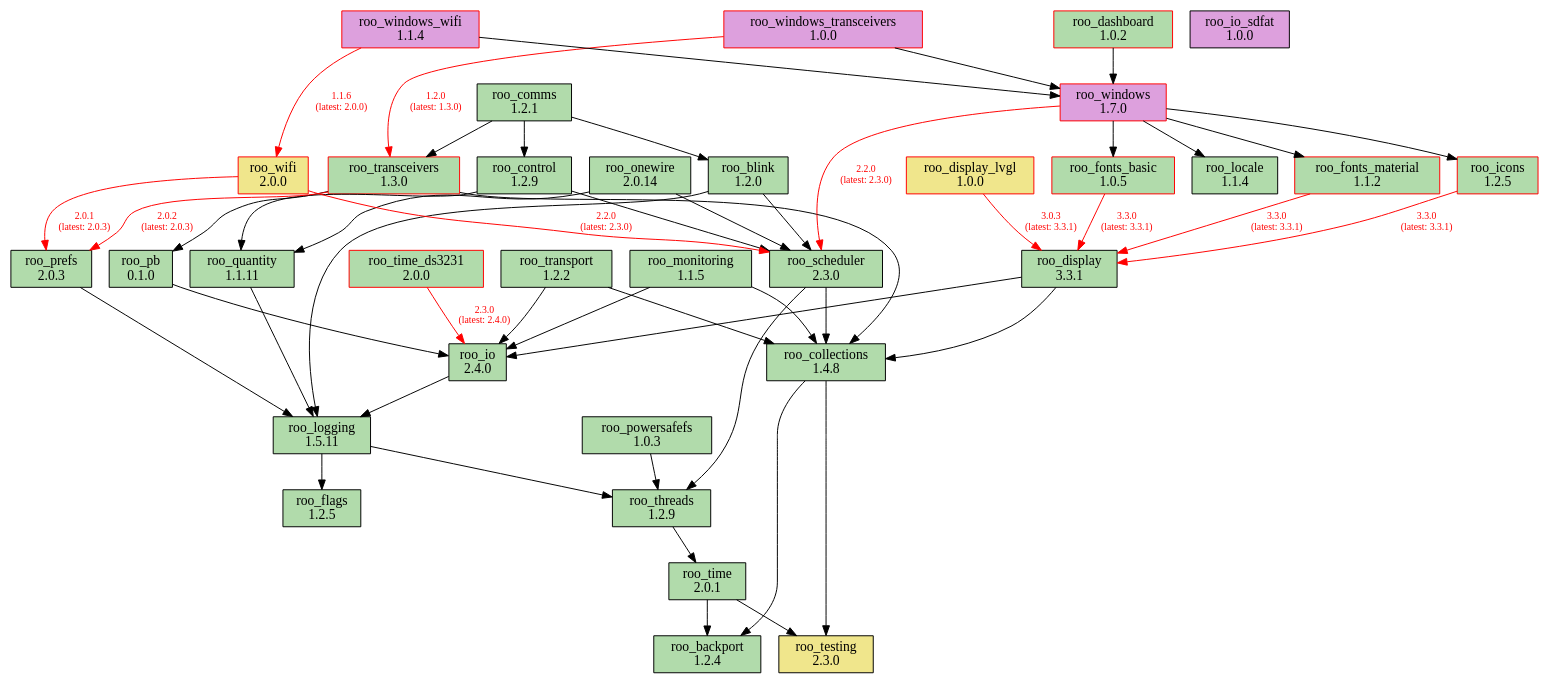
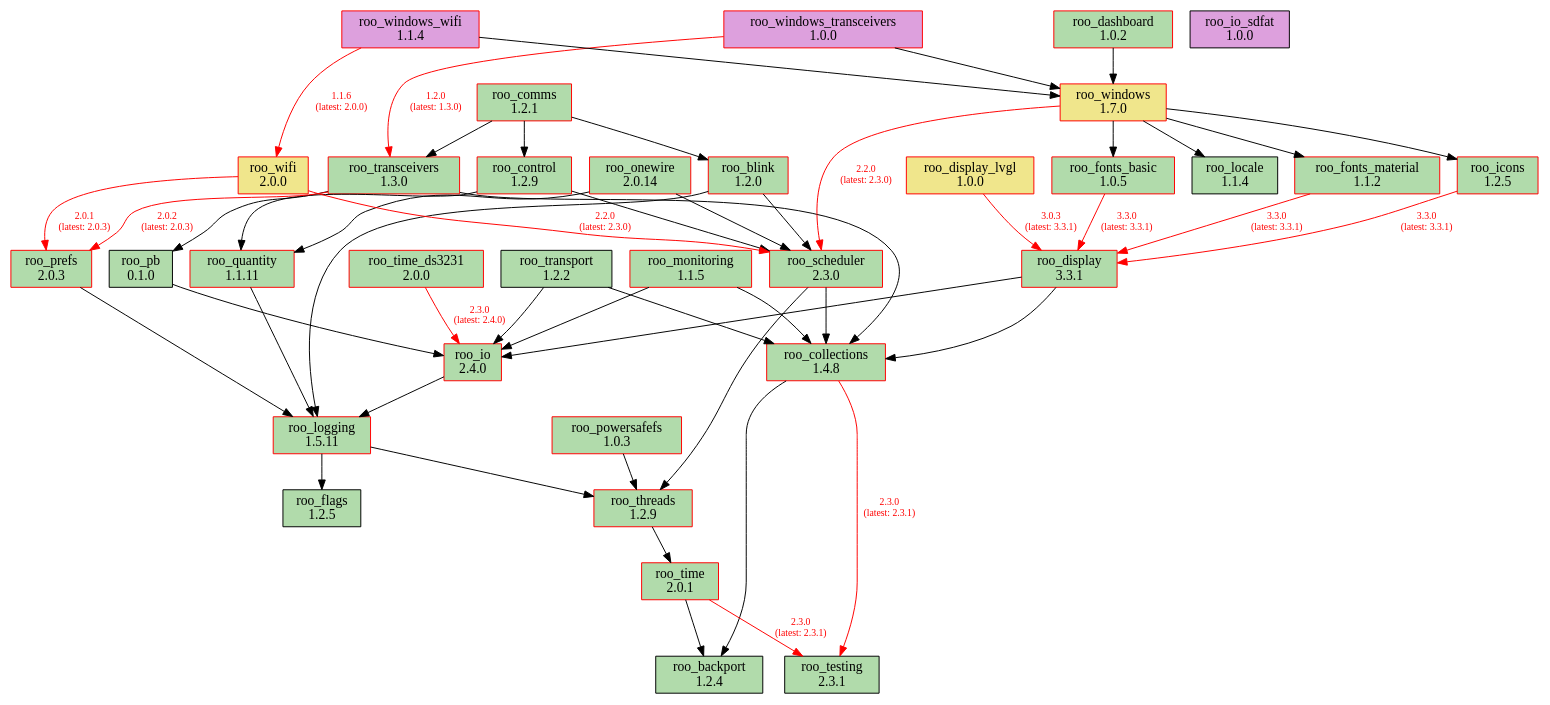
One commit to dejwk/roo-registry changed the diagram in doc/dependencies.dot. Above: the diagram before and after it, drawn with Graphviz. The commit also changed 3 other files, not shown here.

Commit message:
Added roo_testing 2.3.1 to the registry.

```diff
--- a/doc/dependencies.dot
+++ b/doc/dependencies.dot
@@ -1,91 +1,91 @@
 digraph dependencies {
     rankdir=TB;
     node [shape=box, style=filled];
     edge [fontsize=10];
 
     // Modules
     "roo_backport" [label="roo_backport\n1.2.4", fillcolor="#b1dbab", color="black"];
-    "roo_blink" [label="roo_blink\n1.2.0", fillcolor="#b1dbab", color="black"];
-    "roo_collections" [label="roo_collections\n1.4.8", fillcolor="#b1dbab", color="black"];
-    "roo_comms" [label="roo_comms\n1.2.1", fillcolor="#b1dbab", color="black"];
-    "roo_control" [label="roo_control\n1.2.9", fillcolor="#b1dbab", color="black"];
+    "roo_blink" [label="roo_blink\n1.2.0", fillcolor="#b1dbab", color="red"];
+    "roo_collections" [label="roo_collections\n1.4.8", fillcolor="#b1dbab", color="red"];
+    "roo_comms" [label="roo_comms\n1.2.1", fillcolor="#b1dbab", color="red"];
+    "roo_control" [label="roo_control\n1.2.9", fillcolor="#b1dbab", color="red"];
     "roo_dashboard" [label="roo_dashboard\n1.0.2", fillcolor="#b1dbab", color="red"];
-    "roo_display" [label="roo_display\n3.3.1", fillcolor="#b1dbab", color="black"];
+    "roo_display" [label="roo_display\n3.3.1", fillcolor="#b1dbab", color="red"];
     "roo_display_lvgl" [label="roo_display_lvgl\n1.0.0", fillcolor="khaki", color="red"];
     "roo_flags" [label="roo_flags\n1.2.5", fillcolor="#b1dbab", color="black"];
     "roo_fonts_basic" [label="roo_fonts_basic\n1.0.5", fillcolor="#b1dbab", color="red"];
     "roo_fonts_material" [label="roo_fonts_material\n1.1.2", fillcolor="#b1dbab", color="red"];
     "roo_icons" [label="roo_icons\n1.2.5", fillcolor="#b1dbab", color="red"];
-    "roo_io" [label="roo_io\n2.4.0", fillcolor="#b1dbab", color="black"];
+    "roo_io" [label="roo_io\n2.4.0", fillcolor="#b1dbab", color="red"];
     "roo_io_sdfat" [label="roo_io_sdfat\n1.0.0", fillcolor="plum", color="black"];
     "roo_locale" [label="roo_locale\n1.1.4", fillcolor="#b1dbab", color="black"];
-    "roo_logging" [label="roo_logging\n1.5.11", fillcolor="#b1dbab", color="black"];
-    "roo_monitoring" [label="roo_monitoring\n1.1.5", fillcolor="#b1dbab", color="black"];
-    "roo_onewire" [label="roo_onewire\n2.0.14", fillcolor="#b1dbab", color="black"];
+    "roo_logging" [label="roo_logging\n1.5.11", fillcolor="#b1dbab", color="red"];
+    "roo_monitoring" [label="roo_monitoring\n1.1.5", fillcolor="#b1dbab", color="red"];
+    "roo_onewire" [label="roo_onewire\n2.0.14", fillcolor="#b1dbab", color="red"];
     "roo_pb" [label="roo_pb\n0.1.0", fillcolor="#b1dbab", color="black"];
-    "roo_powersafefs" [label="roo_powersafefs\n1.0.3", fillcolor="#b1dbab", color="black"];
-    "roo_prefs" [label="roo_prefs\n2.0.3", fillcolor="#b1dbab", color="black"];
-    "roo_quantity" [label="roo_quantity\n1.1.11", fillcolor="#b1dbab", color="black"];
-    "roo_scheduler" [label="roo_scheduler\n2.3.0", fillcolor="#b1dbab", color="black"];
-    "roo_testing" [label="roo_testing\n2.3.0", fillcolor="khaki", color="black"];
-    "roo_threads" [label="roo_threads\n1.2.9", fillcolor="#b1dbab", color="black"];
-    "roo_time" [label="roo_time\n2.0.1", fillcolor="#b1dbab", color="black"];
+    "roo_powersafefs" [label="roo_powersafefs\n1.0.3", fillcolor="#b1dbab", color="red"];
+    "roo_prefs" [label="roo_prefs\n2.0.3", fillcolor="#b1dbab", color="red"];
+    "roo_quantity" [label="roo_quantity\n1.1.11", fillcolor="#b1dbab", color="red"];
+    "roo_scheduler" [label="roo_scheduler\n2.3.0", fillcolor="#b1dbab", color="red"];
+    "roo_testing" [label="roo_testing\n2.3.1", fillcolor="#b1dbab", color="black"];
+    "roo_threads" [label="roo_threads\n1.2.9", fillcolor="#b1dbab", color="red"];
+    "roo_time" [label="roo_time\n2.0.1", fillcolor="#b1dbab", color="red"];
     "roo_time_ds3231" [label="roo_time_ds3231\n2.0.0", fillcolor="#b1dbab", color="red"];
     "roo_transceivers" [label="roo_transceivers\n1.3.0", fillcolor="#b1dbab", color="red"];
     "roo_transport" [label="roo_transport\n1.2.2", fillcolor="#b1dbab", color="black"];
     "roo_wifi" [label="roo_wifi\n2.0.0", fillcolor="khaki", color="red"];
-    "roo_windows" [label="roo_windows\n1.7.0", fillcolor="plum", color="red"];
+    "roo_windows" [label="roo_windows\n1.7.0", fillcolor="khaki", color="red"];
     "roo_windows_transceivers" [label="roo_windows_transceivers\n1.0.0", fillcolor="plum", color="red"];
     "roo_windows_wifi" [label="roo_windows_wifi\n1.1.4", fillcolor="plum", color="red"];
 
     // Dependencies
     "roo_blink" -> "roo_logging";
     "roo_blink" -> "roo_scheduler";
-    "roo_collections" -> "roo_testing";
+    "roo_collections" -> "roo_testing" [color=red, fontcolor=red, label="2.3.0\n(latest: 2.3.1)"];
     "roo_collections" -> "roo_backport";
     "roo_comms" -> "roo_blink";
     "roo_comms" -> "roo_control";
     "roo_comms" -> "roo_transceivers";
     "roo_control" -> "roo_quantity";
     "roo_control" -> "roo_scheduler";
     "roo_dashboard" -> "roo_windows";
     "roo_display" -> "roo_collections";
     "roo_display" -> "roo_io";
     "roo_display_lvgl" -> "roo_display" [color=red, fontcolor=red, label="3.0.3\n(latest: 3.3.1)"];
     "roo_fonts_basic" -> "roo_display" [color=red, fontcolor=red, label="3.3.0\n(latest: 3.3.1)"];
     "roo_fonts_material" -> "roo_display" [color=red, fontcolor=red, label="3.3.0\n(latest: 3.3.1)"];
     "roo_icons" -> "roo_display" [color=red, fontcolor=red, label="3.3.0\n(latest: 3.3.1)"];
     "roo_io" -> "roo_logging";
     "roo_logging" -> "roo_flags";
     "roo_logging" -> "roo_threads";
     "roo_monitoring" -> "roo_collections";
     "roo_monitoring" -> "roo_io";
     "roo_onewire" -> "roo_scheduler";
     "roo_onewire" -> "roo_quantity";
     "roo_pb" -> "roo_io";
     "roo_powersafefs" -> "roo_threads";
     "roo_prefs" -> "roo_logging";
     "roo_quantity" -> "roo_logging";
     "roo_scheduler" -> "roo_collections";
     "roo_scheduler" -> "roo_threads";
     "roo_threads" -> "roo_time";
-    "roo_time" -> "roo_testing";
+    "roo_time" -> "roo_testing" [color=red, fontcolor=red, label="2.3.0\n(latest: 2.3.1)"];
     "roo_time" -> "roo_backport";
     "roo_time_ds3231" -> "roo_io" [color=red, fontcolor=red, label="2.3.0\n(latest: 2.4.0)"];
     "roo_transceivers" -> "roo_pb";
     "roo_transceivers" -> "roo_collections";
     "roo_transceivers" -> "roo_prefs" [color=red, fontcolor=red, label="2.0.2\n(latest: 2.0.3)"];
     "roo_transport" -> "roo_collections";
     "roo_transport" -> "roo_io";
     "roo_wifi" -> "roo_prefs" [color=red, fontcolor=red, label="2.0.1\n(latest: 2.0.3)"];
     "roo_wifi" -> "roo_scheduler" [color=red, fontcolor=red, label="2.2.0\n(latest: 2.3.0)"];
     "roo_windows" -> "roo_fonts_basic";
     "roo_windows" -> "roo_fonts_material";
     "roo_windows" -> "roo_locale";
     "roo_windows" -> "roo_icons";
     "roo_windows" -> "roo_scheduler" [color=red, fontcolor=red, label="2.2.0\n(latest: 2.3.0)"];
     "roo_windows_transceivers" -> "roo_transceivers" [color=red, fontcolor=red, label="1.2.0\n(latest: 1.3.0)"];
     "roo_windows_transceivers" -> "roo_windows";
     "roo_windows_wifi" -> "roo_wifi" [color=red, fontcolor=red, label="1.1.6\n(latest: 2.0.0)"];
     "roo_windows_wifi" -> "roo_windows";
 }
```
